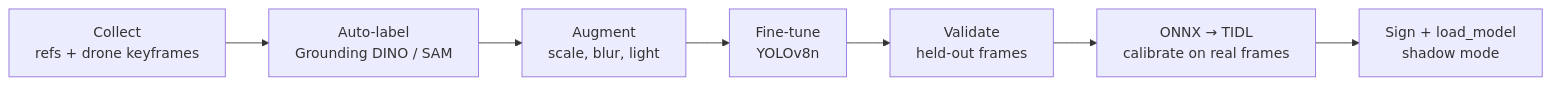
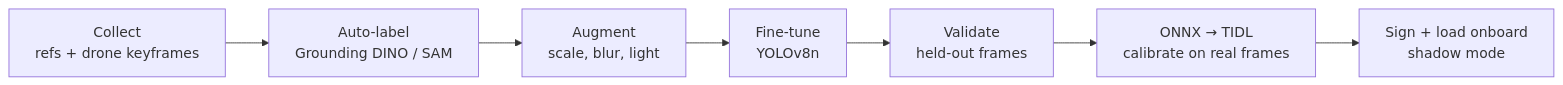
One commit to seros-cimenstein/horus-drone changed the second of 3 diagrams in HORUS — Design Document v2.md. Above: the diagram before and after it, drawn with Mermaid. The commit also changed other lines of this file and 245 other files, not shown here.

First line of the commit message:
Align HORUS with the approved architecture diagram

````diff
--- a/HORUS — Design Document v2.md
+++ b/HORUS — Design Document v2.md
@@ -109,9 +114,9 @@
 ```mermaid
 flowchart LR
   A["Collect<br/>refs + drone keyframes"] --> B["Auto-label<br/>Grounding DINO / SAM"]
   B --> C["Augment<br/>scale, blur, light"]
   C --> D["Fine-tune<br/>YOLOv8n"]
   D --> E["Validate<br/>held-out frames"]
   E --> F["ONNX → TIDL<br/>calibrate on real frames"]
-  F --> G["Sign + load_model<br/>shadow mode"]
+  F --> G["Sign + load onboard<br/>shadow mode"]
 ```
````
